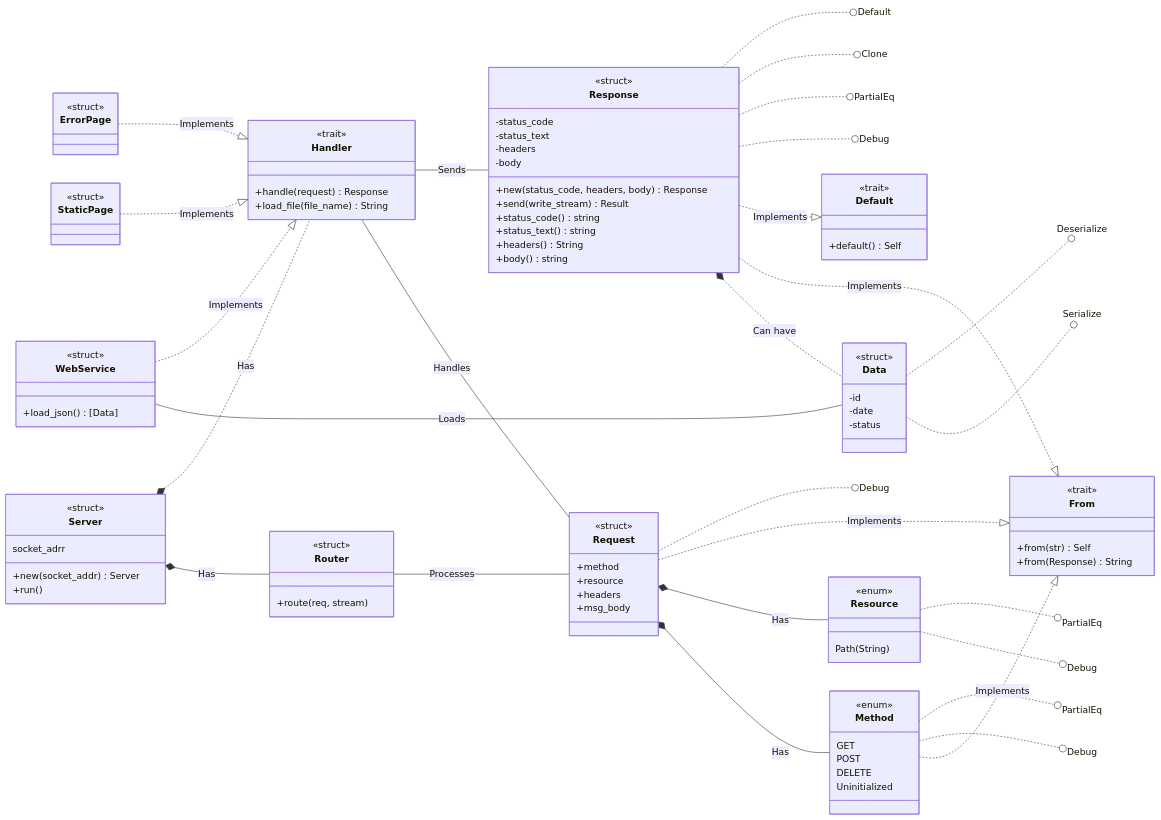
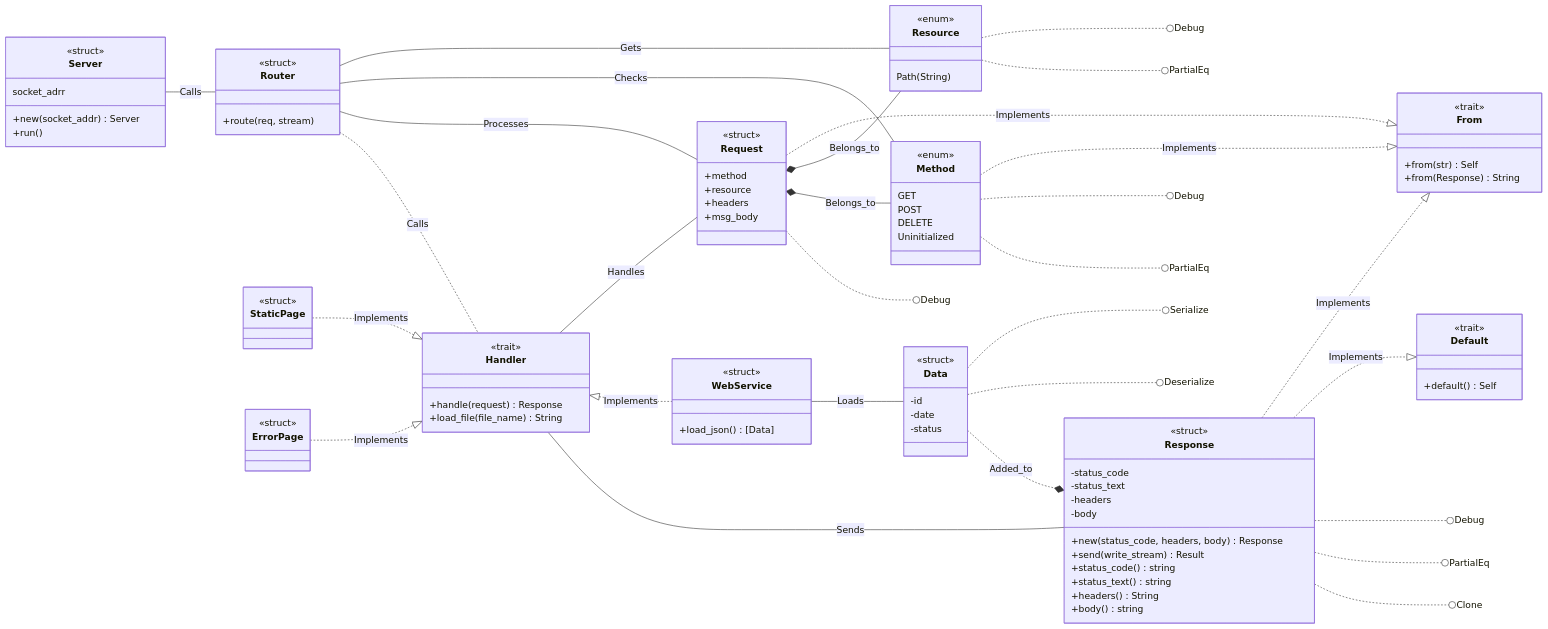
Before and after one commit to 8lkc/localhost: the first of 2 diagrams in README.md, drawn with Mermaid. The commit also changed 1 other file, not shown here.

Commit message:
Classes Diagram...

````diff
--- a/README.md
+++ b/README.md
@@ -122,18 +122,6 @@
 ```mermaid
 classDiagram
 direction LR
-
-class Server {
-  <<struct>>
-  socket_adrr
-  +new(socket_addr) Server
-  +run()
-}
-
-class Router {
-  <<struct>>
-  +route(req, stream) 
-}
 
 class Handler {
   <<trait>>
@@ -152,12 +140,48 @@
   +default() Self
 }
 
+class Server {
+  <<struct>>
+  socket_adrr
+  +new(socket_addr) Server
+  +run()
+}
+
+class Router {
+  <<struct>>
+  +route(req, stream) 
+}
+
+class WebService {
+  <<struct>>
+  +load_json() [Data]
+}
+
+class StaticPage
+<<struct>> StaticPage
+
+class ErrorPage
+<<struct>> ErrorPage
+
 class Request {
   <<struct>>
   +method
   +resource
   +headers
   +msg_body
+}
+
+class Method {
+  <<enum>>
+  GET
+  POST
+  DELETE
+  Uninitialized
+}
+
+class Resource {
+  <<enum>>
+  Path(String)
 }
 
 class Response {
@@ -181,57 +205,34 @@
   -status
 }
 
-class StaticPage
-<<struct>> StaticPage
-
-class ErrorPage
-<<struct>> ErrorPage
-
-class WebService {
-  <<struct>>
-  +load_json() [Data]
-}
-
-class Method {
-  <<enum>>
-  GET
-  POST
-  DELETE
-  Uninitialized
-}
-
-class Resource {
-  <<enum>>
-  Path(String)
-}
-
-Server *-- Router: Has
-Server *.. Handler: Has
-Router -- Request: Processes
-Handler -- Request: Handles
-Handler -- Response: Sends
-Request *-- Method: Has
-Request *-- Resource: Has
-Response *.. Data: Can have
-WebService -- Data: Loads
-
-StaticPage ..|> Handler: Implements
-ErrorPage ..|> Handler: Implements
-WebService ..|> Handler: Implements
 Request ..|> From: Implements
 Response ..|> From: Implements
 Response ..|> Default: Implements
 Method ..|> From: Implements
 
+Server -- Router: Calls
+Router -- Resource: Gets
+Router -- Method: Checks
+Router -- Request: Processes
+Router .. Handler: Calls
+Handler -- Request: Handles
+Handler <|.. WebService: Implements
+StaticPage ..|> Handler: Implements
+ErrorPage ..|> Handler: Implements
+Handler -- Response: Sends
+Request *-- Resource: Belongs_to
+Request *-- Method: Belongs_to
+WebService -- Data: Loads
+
 Request ..() Debug
 Response ..() Debug
 Response ..() PartialEq
 Response ..() Clone
-Response ..() Default
 Method ..() Debug
 Method ..() PartialEq
 Resource ..() Debug
 Resource ..() PartialEq
 Data ..() Serialize
 Data ..() Deserialize
+Data ..* Response: Added_to
 ```
````
